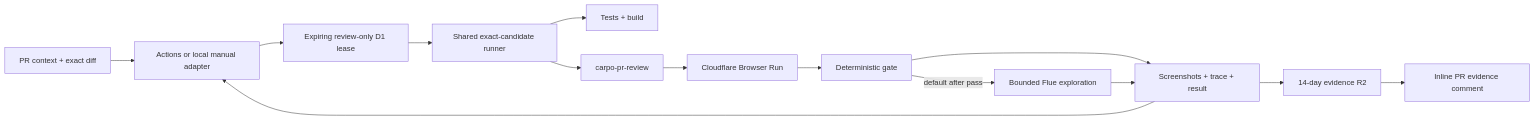
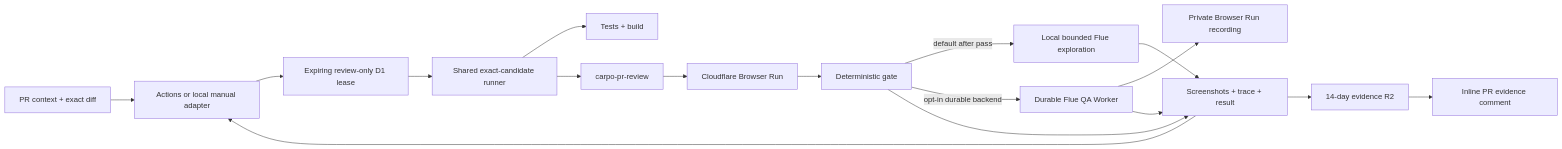
The diagram in docs/research/cloudflare-release-verification-harness.md (dayhaysoos/carpo), drawn with Mermaid before and after one commit. The commit also changed other lines of this file and 42 other files, not shown here.

Commit message:
feat(review): add durable Flue execution

````diff
--- a/docs/research/cloudflare-release-verification-harness.md
+++ b/docs/research/cloudflare-release-verification-harness.md
@@ -30,16 +34,19 @@
 ```mermaid
 flowchart LR
     PR[PR context + exact diff] --> TRIGGER[Actions or local manual adapter]
     TRIGGER --> LEASE[Expiring review-only D1 lease]
     LEASE --> RUNNER[Shared exact-candidate runner]
     RUNNER --> CHECKS[Tests + build]
     RUNNER --> DEPLOY[carpo-pr-review]
     DEPLOY --> CF[Cloudflare Browser Run]
     CF --> GATE[Deterministic gate]
-    GATE -->|default after pass| FLUE[Bounded Flue exploration]
+    GATE -->|default after pass| FLUE[Local bounded Flue exploration]
+    GATE -->|opt-in durable backend| SERVICE[Durable Flue QA Worker]
+    SERVICE --> RECORDING[Private Browser Run recording]
     GATE --> EVIDENCE[Screenshots + trace + result]
     FLUE --> EVIDENCE
+    SERVICE --> EVIDENCE
     EVIDENCE --> R2[14-day evidence R2]
     R2 --> COMMENT[Inline PR evidence comment]
     EVIDENCE --> TRIGGER
 ```
````
